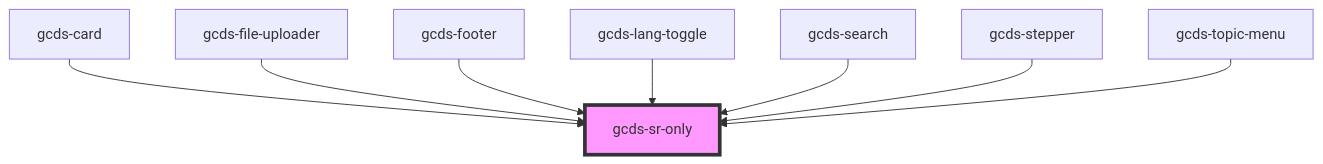
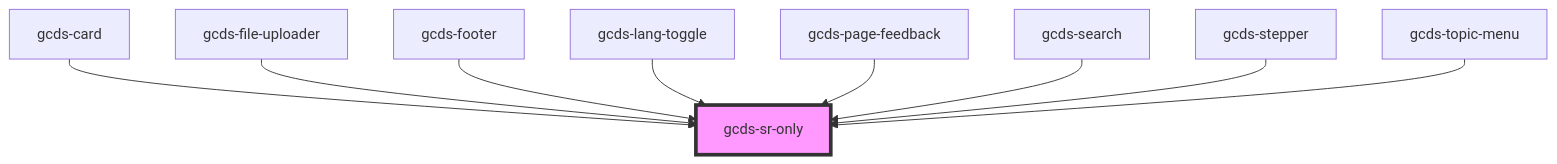
Before and after one commit to cds-snc/gcds-components: the diagram in packages/web/src/components/gcds-sr-only/readme.md, drawn with Mermaid. The commit also changed other lines of this file and 23 other files, not shown here.

Commit message:
feat: gcds-page-feedback - Initial commit

````diff
--- a/packages/web/src/components/gcds-sr-only/readme.md
+++ b/packages/web/src/components/gcds-sr-only/readme.md
@@ -28,11 +29,12 @@
 ```mermaid
 graph TD;
   gcds-card --> gcds-sr-only
   gcds-file-uploader --> gcds-sr-only
   gcds-footer --> gcds-sr-only
   gcds-lang-toggle --> gcds-sr-only
+  gcds-page-feedback --> gcds-sr-only
   gcds-search --> gcds-sr-only
   gcds-stepper --> gcds-sr-only
   gcds-topic-menu --> gcds-sr-only
   style gcds-sr-only fill:#f9f,stroke:#333,stroke-width:4px
 ```
````
